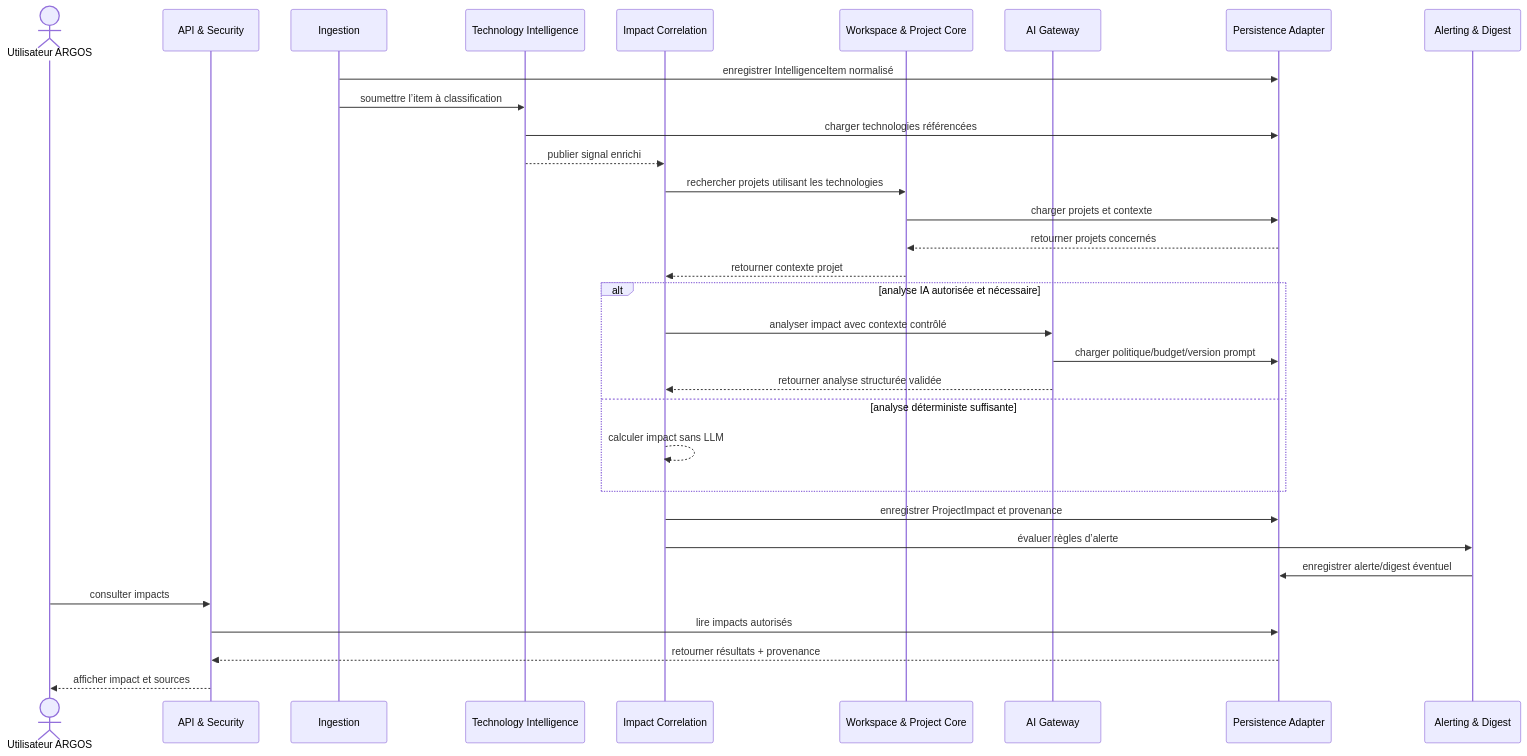
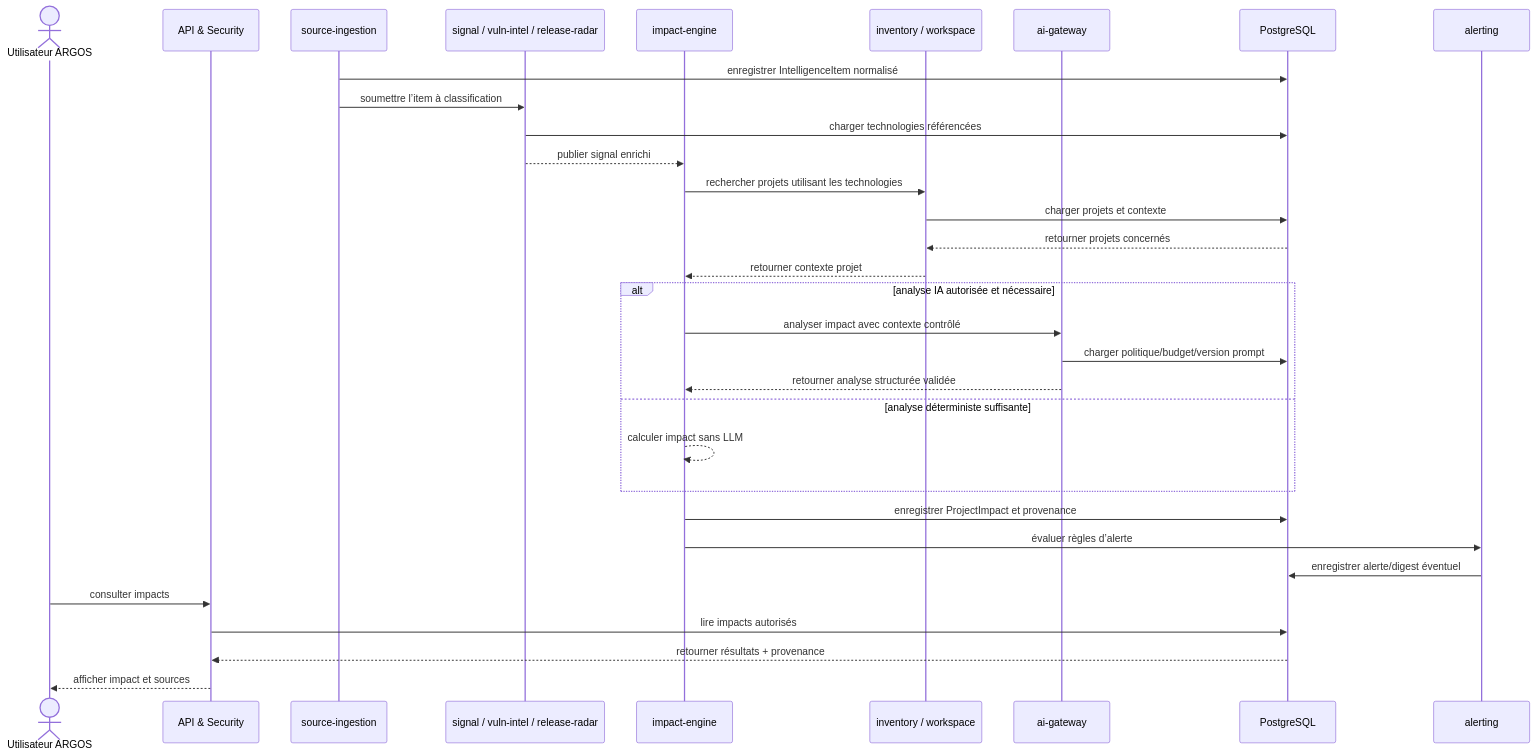
Before and after one commit to FTurleque/argos-tech-platform: the first of 7 diagrams in docs/architecture/arc42/06-vue-execution.md, drawn with Mermaid. The commit also changed other lines of this file and 11 other files, not shown here.

````diff
--- a/docs/architecture/arc42/06-vue-execution.md
+++ b/docs/architecture/arc42/06-vue-execution.md
@@ -29,37 +11,37 @@
 ```mermaid
 sequenceDiagram
     actor User as Utilisateur ARGOS
     participant API as API & Security
-    participant Ingestion as Ingestion
-    participant Tech as Technology Intelligence
-    participant Corr as Impact Correlation
-    participant Core as Workspace & Project Core
-    participant AI as AI Gateway
-    participant Persist as Persistence Adapter
-    participant Alert as Alerting & Digest
+    participant Ingestion as source-ingestion
+    participant Tech as signal / vuln-intel / release-radar
+    participant Corr as impact-engine
+    participant Core as inventory / workspace
+    participant AI as ai-gateway
+    participant Persist as PostgreSQL
+    participant Alert as alerting
 
     Ingestion->>Persist: enregistrer IntelligenceItem normalisé
     Ingestion->>Tech: soumettre l’item à classification
     Tech->>Persist: charger technologies référencées
     Tech-->>Corr: publier signal enrichi
     Corr->>Core: rechercher projets utilisant les technologies
     Core->>Persist: charger projets et contexte
     Persist-->>Core: retourner projets concernés
     Core-->>Corr: retourner contexte projet
 
     alt analyse IA autorisée et nécessaire
         Corr->>AI: analyser impact avec contexte contrôlé
         AI->>Persist: charger politique/budget/version prompt
         AI-->>Corr: retourner analyse structurée validée
     else analyse déterministe suffisante
         Corr-->>Corr: calculer impact sans LLM
     end
 
     Corr->>Persist: enregistrer ProjectImpact et provenance
     Corr->>Alert: évaluer règles d’alerte
     Alert->>Persist: enregistrer alerte/digest éventuel
     User->>API: consulter impacts
     API->>Persist: lire impacts autorisés
     Persist-->>API: retourner résultats + provenance
     API-->>User: afficher impact et sources
 ```
````
